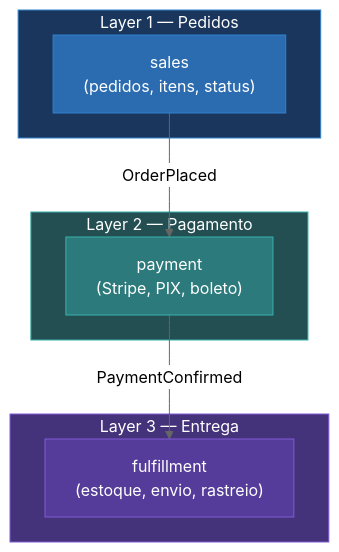
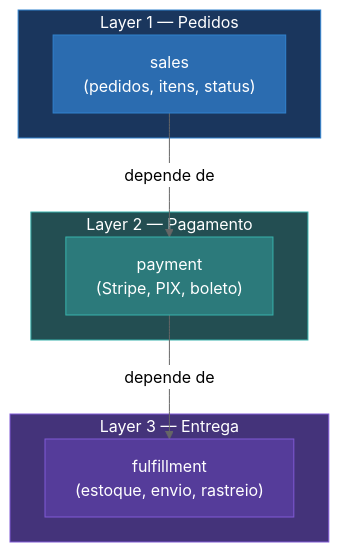
The diagram in pages/02-extracao/03-resultado.md (danielhe4rt/talks), drawn with Mermaid (neutral theme) before and after one commit. The commit also changed other lines of this file and 14 other files, not shown here.

````diff
--- a/pages/02-extracao/03-resultado.md
+++ b/pages/02-extracao/03-resultado.md
@@ -5,24 +5,24 @@
 ```mermaid {scale: 0.85}
 flowchart TD
     subgraph L1["Layer 1 — Pedidos"]
         SALES["sales\n(pedidos, itens, status)"]
     end
 
     subgraph L2["Layer 2 — Pagamento"]
         PAY["payment\n(Stripe, PIX, boleto)"]
     end
 
     subgraph L3["Layer 3 — Entrega"]
         FULL["fulfillment\n(estoque, envio, rastreio)"]
     end
 
-    SALES -->|"OrderPlaced"| PAY
-    PAY -->|"PaymentConfirmed"| FULL
+    SALES -->|"depende de"| PAY
+    PAY -->|"depende de"| FULL
 
     style L1 fill:#1a365d,stroke:#3182ce,color:#fff
     style L2 fill:#234e52,stroke:#38b2ac,color:#fff
     style L3 fill:#44337a,stroke:#805ad5,color:#fff
     style SALES fill:#2b6cb0,stroke:#3182ce,color:#fff
     style PAY fill:#2c7a7b,stroke:#38b2ac,color:#fff
     style FULL fill:#553c9a,stroke:#805ad5,color:#fff
 ```
````
